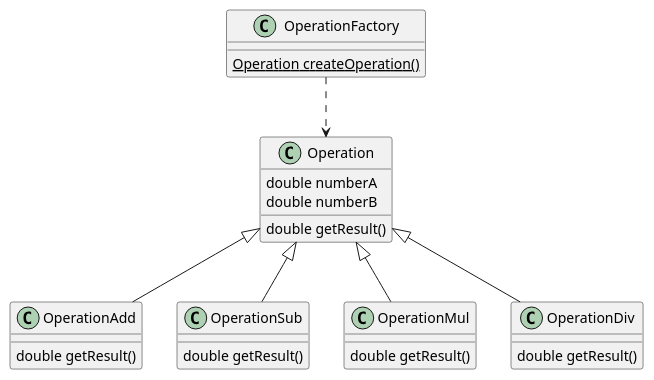
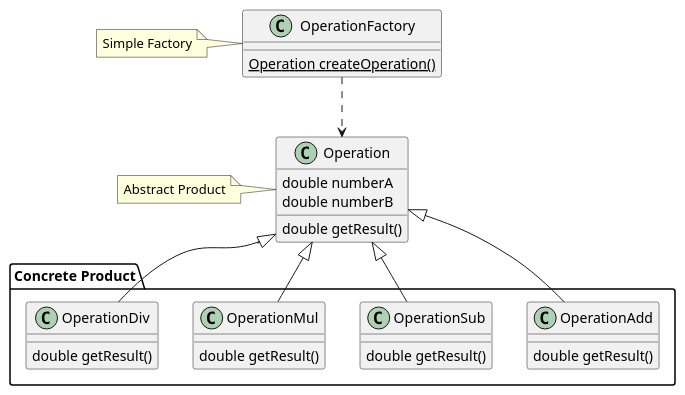
Before and after one commit to dragonwang-hub/three_factory_design_patterns: the diagram in src/simplefactorypattern/UML.puml, drawn with PlantUML.

Commit message:
yl #0000 update simple factory UML, add note

```diff
--- a/src/simplefactorypattern/UML.puml
+++ b/src/simplefactorypattern/UML.puml
@@ -1,33 +1,37 @@
 @startuml
 'https://plantuml.com/class-diagram
 
 class Operation {
     double numberA
     double numberB
     double getResult()
 }
+note left: Abstract Product
 
+package "Concrete Product"{
 class OperationAdd {
     double getResult()
 }
 class OperationSub {
     double getResult()
 }
 class OperationMul {
     double getResult()
 }
 class OperationDiv {
     double getResult()
 }
+}
 
 class OperationFactory {
     {static} Operation createOperation()
 }
+note left: Simple Factory
 
 Operation <|-- OperationAdd
 Operation <|-- OperationSub
 Operation <|-- OperationMul
 Operation <|-- OperationDiv
 OperationFactory ..> Operation
 
 @enduml
```
